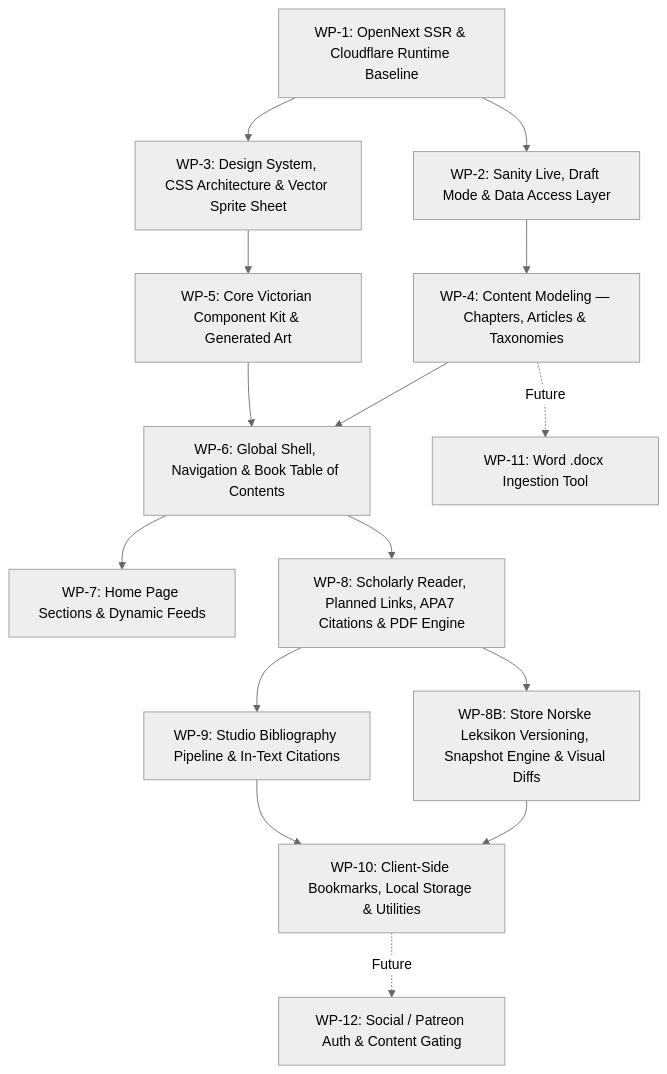
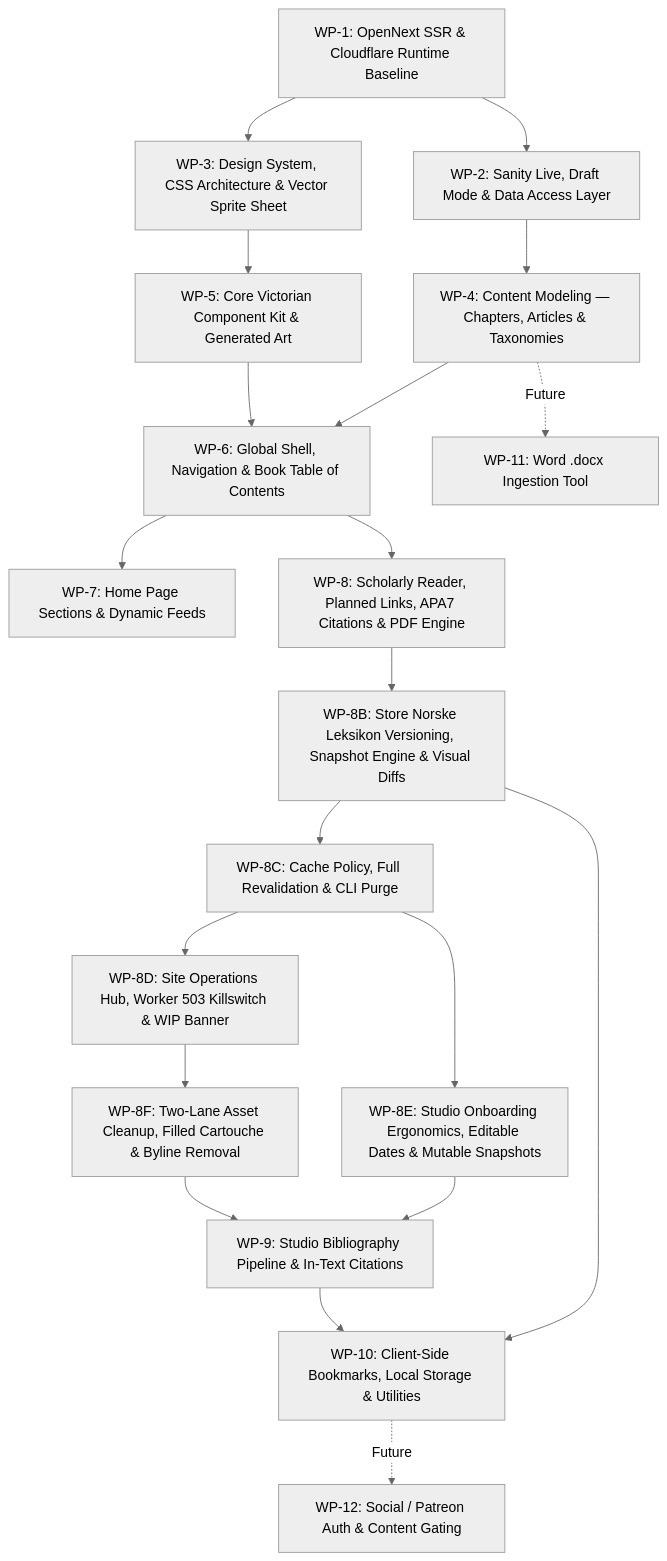
One commit to magneb/biotech-knowledge-blog changed the diagram in BACKLOG.md. Above: the diagram before and after it, drawn with Mermaid (neutral theme). The commit also changed other lines of this file and 1 other file, not shown here.

Commit message:
docs(backlog): formalize WP-8C through WP-8F for cache control, ops killswitch, studio ergonomics, and asset cleanup

````diff
--- a/BACKLOG.md
+++ b/BACKLOG.md
@@ -9,17 +9,22 @@
 ```mermaid
 graph TD
     WP1[WP-1: OpenNext SSR & Cloudflare Runtime Baseline] --> WP2[WP-2: Sanity Live, Draft Mode & Data Access Layer]
     WP1 --> WP3[WP-3: Design System, CSS Architecture & Vector Sprite Sheet]
     WP2 --> WP4[WP-4: Content Modeling — Chapters, Articles & Taxonomies]
     WP3 --> WP5[WP-5: Core Victorian Component Kit & Generated Art]
     WP4 --> WP6[WP-6: Global Shell, Navigation & Book Table of Contents]
     WP5 --> WP6
     WP6 --> WP7[WP-7: Home Page Sections & Dynamic Feeds]
     WP6 --> WP8[WP-8: Scholarly Reader, Planned Links, APA7 Citations & PDF Engine]
     WP8 --> WP8B[WP-8B: Store Norske Leksikon Versioning, Snapshot Engine & Visual Diffs]
-    WP8 --> WP9[WP-9: Studio Bibliography Pipeline & In-Text Citations]
+    WP8B --> WP8C[WP-8C: Cache Policy, Full Revalidation & CLI Purge]
+    WP8C --> WP8D[WP-8D: Site Operations Hub, Worker 503 Killswitch & WIP Banner]
+    WP8C --> WP8E[WP-8E: Studio Onboarding Ergonomics, Editable Dates & Mutable Snapshots]
+    WP8D --> WP8F[WP-8F: Two-Lane Asset Cleanup, Filled Cartouche & Byline Removal]
+    WP8E --> WP9[WP-9: Studio Bibliography Pipeline & In-Text Citations]
+    WP8F --> WP9
     WP8B --> WP10[WP-10: Client-Side Bookmarks, Local Storage & Utilities]
     WP9 --> WP10
     WP4 -. Future .-> WP11[WP-11: Word .docx Ingestion Tool]
     WP10 -. Future .-> WP12[WP-12: Social / Patreon Auth & Content Gating]
 ```
````
